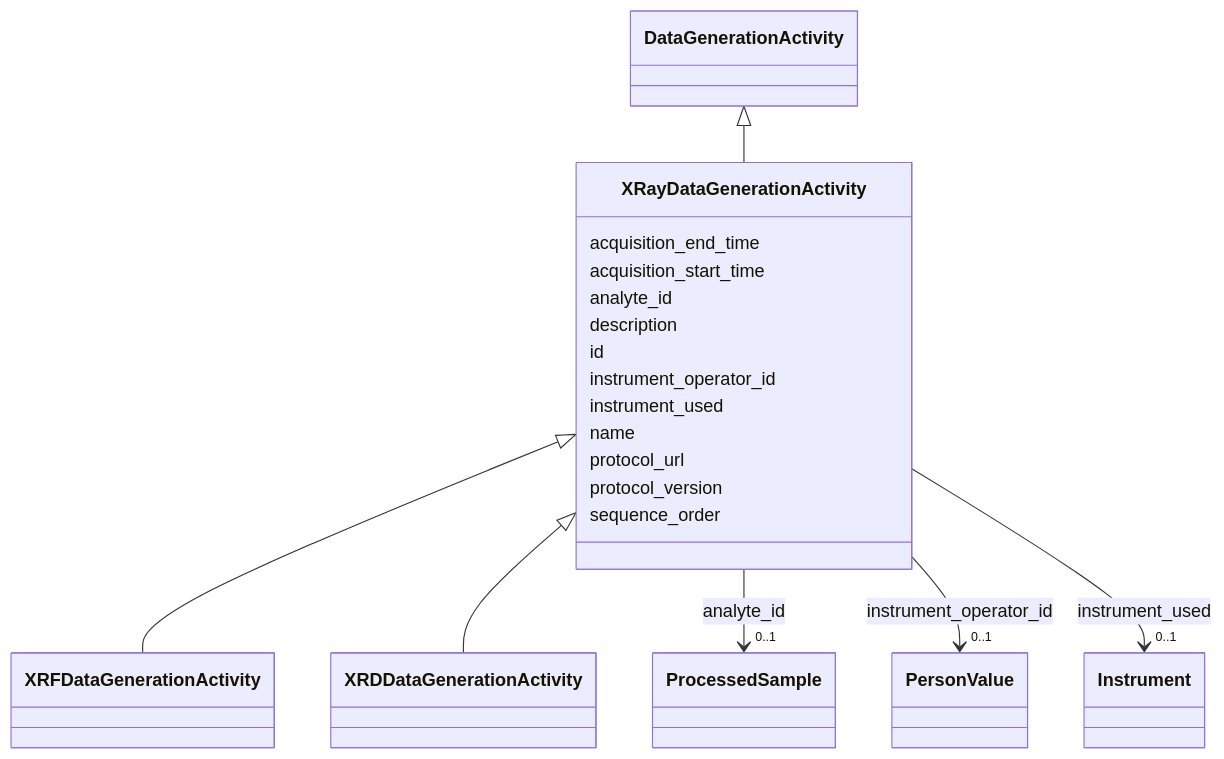
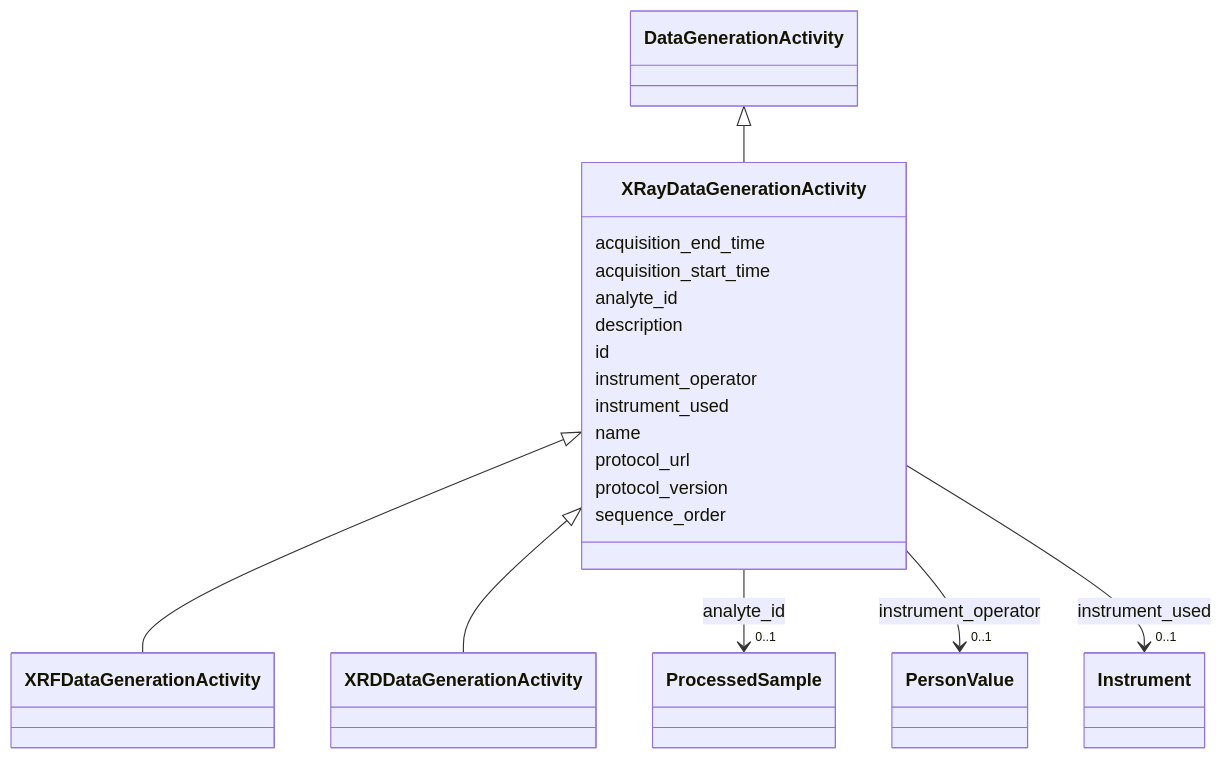
Before and after one commit to EMSL-Computing/BASALT-Schema: the diagram in docs/elements/XRayDataGenerationActivity.md, drawn with Mermaid. The commit also changed other lines of this file and 550 other files, not shown here.

````diff
--- a/docs/elements/XRayDataGenerationActivity.md
+++ b/docs/elements/XRayDataGenerationActivity.md
@@ -40,65 +40,65 @@
 ```mermaid
  classDiagram
     class XRayDataGenerationActivity
     click XRayDataGenerationActivity href "../XRayDataGenerationActivity/"
       DataGenerationActivity <|-- XRayDataGenerationActivity
         click DataGenerationActivity href "../DataGenerationActivity/"
       
 
       XRayDataGenerationActivity <|-- XRFDataGenerationActivity
         click XRFDataGenerationActivity href "../XRFDataGenerationActivity/"
       XRayDataGenerationActivity <|-- XRDDataGenerationActivity
         click XRDDataGenerationActivity href "../XRDDataGenerationActivity/"
       
 
       XRayDataGenerationActivity : acquisition_end_time
         
       XRayDataGenerationActivity : acquisition_start_time
         
       XRayDataGenerationActivity : analyte_id
         
           
     
         
         
         XRayDataGenerationActivity --> "0..1" ProcessedSample : analyte_id
         click ProcessedSample href "../ProcessedSample/"
     
 
         
       XRayDataGenerationActivity : description
         
       XRayDataGenerationActivity : id
         
-      XRayDataGenerationActivity : instrument_operator_id
+      XRayDataGenerationActivity : instrument_operator
         
           
     
         
         
-        XRayDataGenerationActivity --> "0..1" PersonValue : instrument_operator_id
+        XRayDataGenerationActivity --> "0..1" PersonValue : instrument_operator
         click PersonValue href "../PersonValue/"
     
 
         
       XRayDataGenerationActivity : instrument_used
         
           
     
         
         
         XRayDataGenerationActivity --> "0..1" Instrument : instrument_used
         click Instrument href "../Instrument/"
     
 
         
       XRayDataGenerationActivity : name
         
       XRayDataGenerationActivity : protocol_url
         
       XRayDataGenerationActivity : protocol_version
         
       XRayDataGenerationActivity : sequence_order
         
       
 ```
````
